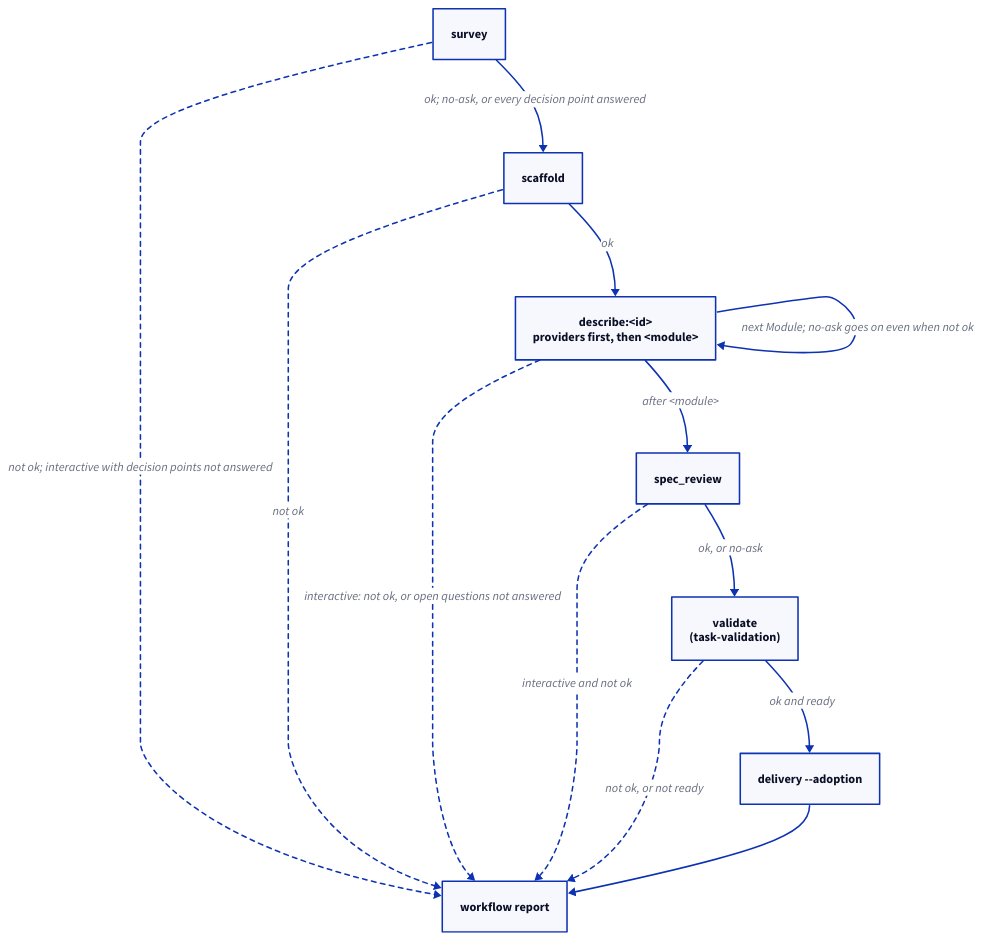
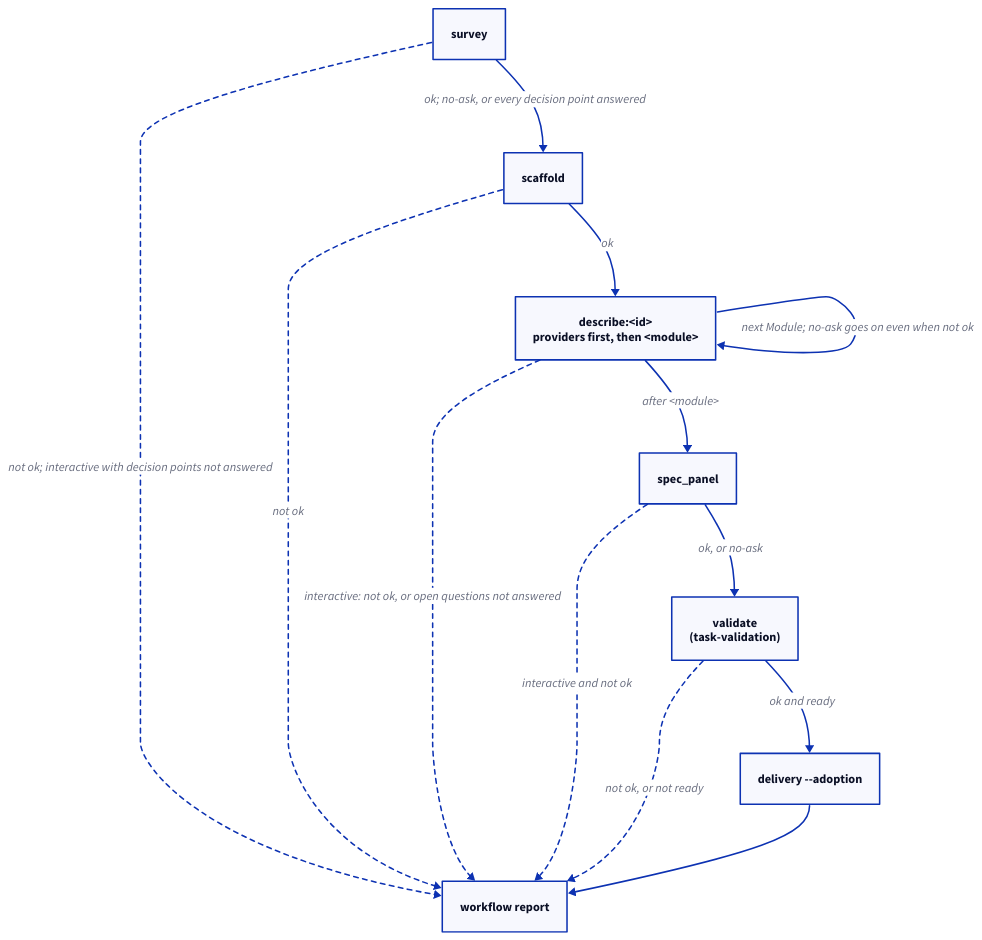
Before and after one commit to FTOD/concorde: the diagram in specs/concorde/method/brownfield.md, drawn with D2. The commit also changed other lines of this file and 61 other files, not shown here.

First line of the commit message:
Remove the spec_review Operation; spec_panel is the only Spec review

````diff
--- a/specs/concorde/method/brownfield.md
+++ b/specs/concorde/method/brownfield.md
@@ -49,22 +49,22 @@
 ```d2 illustrative
 direction: down
 survey: "survey"
 scaffold: "scaffold"
 describe: "describe:<id>\nproviders first, then <module>"
-review: "spec_review"
+review: "spec_panel"
 validate: "validate\n(task-validation)"
 delivery: "delivery --adoption"
 report: "workflow report"
 survey -> scaffold: "ok; no-ask, or every decision point answered"
 survey -> report: "not ok; interactive with decision points not answered" {style.stroke-dash: 3}
 scaffold -> describe: "ok"
 scaffold -> report: "not ok" {style.stroke-dash: 3}
 describe -> describe: "next Module; no-ask goes on even when not ok"
 describe -> report: "interactive: not ok, or open questions not answered" {style.stroke-dash: 3}
 describe -> review: "after <module>"
 review -> validate: "ok, or no-ask"
 review -> report: "interactive and not ok" {style.stroke-dash: 3}
 validate -> delivery: "ok and ready"
 validate -> report: "not ok, or not ready" {style.stroke-dash: 3}
 delivery -> report
 ```
````
